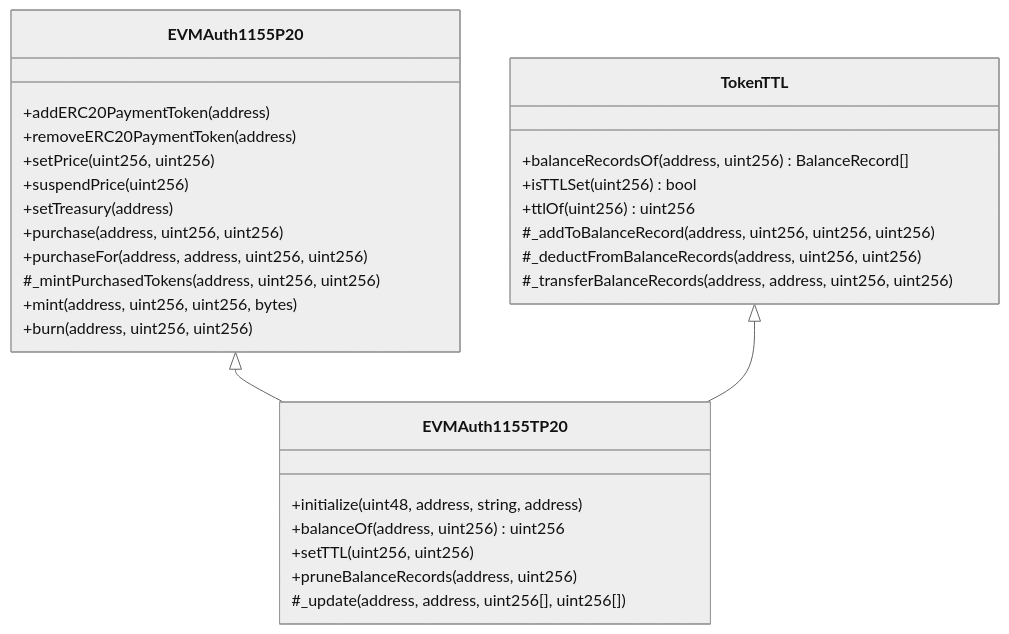
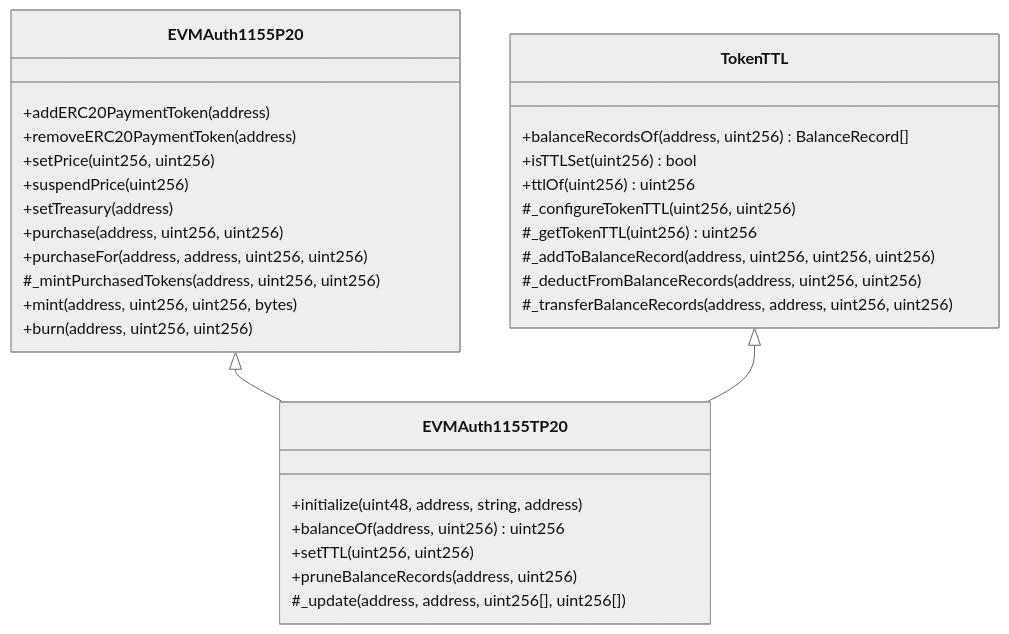
One commit to glanzz/evmauth-core changed diagram 12 of 18 in src/README.md. Above: the diagram before and after it, drawn with Mermaid (neutral theme). The commit also changed other lines of this file and 9 other files, not shown here.

````diff
--- a/src/README.md
+++ b/src/README.md
@@ -576,33 +650,35 @@
 ```mermaid
 classDiagram
     class EVMAuth1155P20{
         +addERC20PaymentToken(address)
         +removeERC20PaymentToken(address)
         +setPrice(uint256, uint256)
         +suspendPrice(uint256)
         +setTreasury(address)
         +purchase(address, uint256, uint256)
         +purchaseFor(address, address, uint256, uint256)
         #_mintPurchasedTokens(address, uint256, uint256)
         +mint(address, uint256, uint256, bytes)
         +burn(address, uint256, uint256)
     }
     class TokenTTL{
         +balanceRecordsOf(address, uint256) BalanceRecord[]
         +isTTLSet(uint256) bool
         +ttlOf(uint256) uint256
+        #_configureTokenTTL(uint256, uint256)
+        #_getTokenTTL(uint256) uint256
         #_addToBalanceRecord(address, uint256, uint256, uint256)
         #_deductFromBalanceRecords(address, uint256, uint256)
         #_transferBalanceRecords(address, address, uint256, uint256)
     }
     class EVMAuth1155TP20{
         +initialize(uint48, address, string, address)
         +balanceOf(address, uint256) uint256
         +setTTL(uint256, uint256)
         +pruneBalanceRecords(address, uint256)
         #_update(address, address, uint256[], uint256[])
     }
     
     EVMAuth1155P20 <|-- EVMAuth1155TP20
     TokenTTL <|-- EVMAuth1155TP20
 ```
````
